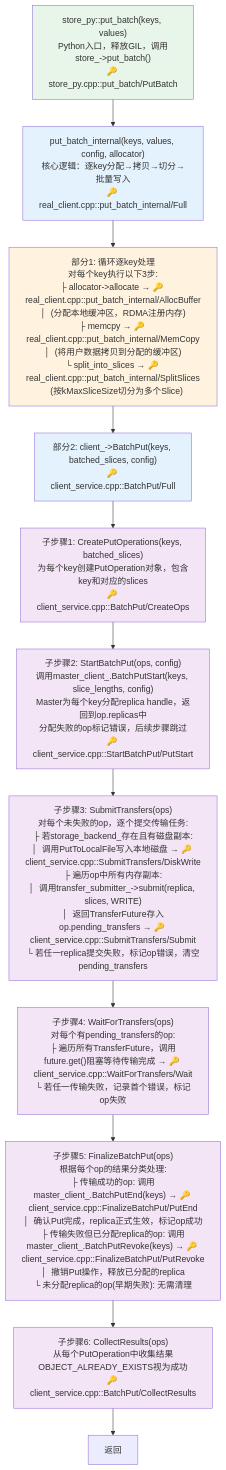
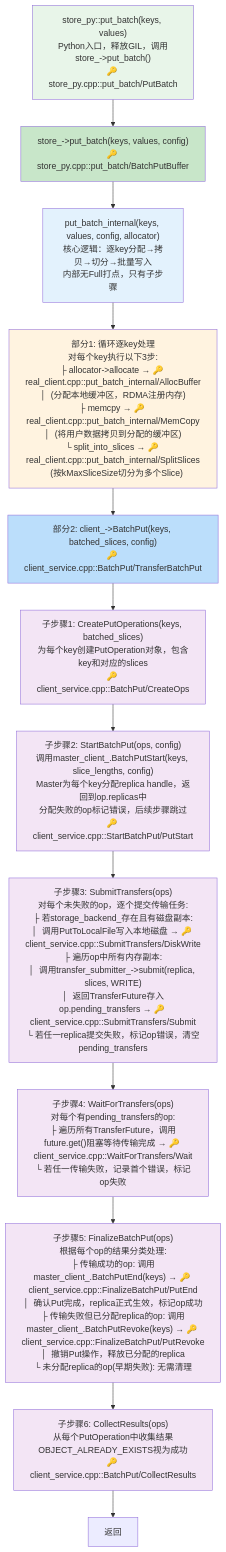
One commit to LinQuickDev/Mooncake changed the fourth of 4 diagrams in docs/yh/pipline.md. Above: the diagram before and after it, drawn with Mermaid. The commit also changed other lines of this file and 4 other files, not shown here.

````diff
--- a/docs/yh/pipline.md
+++ b/docs/yh/pipline.md
@@ -125,33 +145,36 @@
 ```mermaid
 flowchart TB
-    Start["store_py::put_batch(keys, values)<br/>Python入口，释放GIL，调用store_->put_batch()<br/>🔑 store_py.cpp::put_batch/PutBatch"] --> Internal["put_batch_internal(keys, values, config, allocator)<br/>核心逻辑：逐key分配→拷贝→切分→批量写入<br/>🔑 real_client.cpp::put_batch_internal/Full"]
+    Start["store_py::put_batch(keys, values)<br/>Python入口，释放GIL，调用store_->put_batch()<br/>🔑 store_py.cpp::put_batch/PutBatch"] --> PutBatchCall["store_->put_batch(keys, values, config)<br/>🔑 store_py.cpp::put_batch/BatchPutBuffer"]
+
+    PutBatchCall --> Internal["put_batch_internal(keys, values, config, allocator)<br/>核心逻辑：逐key分配→拷贝→切分→批量写入<br/>内部无Full打点，只有子步骤"]
 
     Internal --> LoopPart["部分1: 循环逐key处理<br/>对每个key执行以下3步:<br/>├ allocator->allocate → 🔑 real_client.cpp::put_batch_internal/AllocBuffer<br/>│  (分配本地缓冲区，RDMA注册内存)<br/>├ memcpy → 🔑 real_client.cpp::put_batch_internal/MemCopy<br/>│  (将用户数据拷贝到分配的缓冲区)<br/>└ split_into_slices → 🔑 real_client.cpp::put_batch_internal/SplitSlices<br/>   (按kMaxSliceSize切分为多个Slice)"]
 
-    LoopPart --> BatchPutPart["部分2: client_->BatchPut(keys, batched_slices, config)<br/>🔑 client_service.cpp::BatchPut/Full"]
+    LoopPart --> BatchPutPart["部分2: client_->BatchPut(keys, batched_slices, config)<br/>🔑 client_service.cpp::BatchPut/TransferBatchPut"]
 
     BatchPutPart --> CreateOps["子步骤1: CreatePutOperations(keys, batched_slices)<br/>为每个key创建PutOperation对象，包含key和对应的slices<br/>🔑 client_service.cpp::BatchPut/CreateOps"]
 
     CreateOps --> StartBatch["子步骤2: StartBatchPut(ops, config)<br/>调用master_client_.BatchPutStart(keys, slice_lengths, config)<br/>Master为每个key分配replica handle，返回到op.replicas中<br/>分配失败的op标记错误，后续步骤跳过<br/>🔑 client_service.cpp::StartBatchPut/PutStart"]
 
     StartBatch --> SubmitPhase["子步骤3: SubmitTransfers(ops)<br/>对每个未失败的op，逐个提交传输任务:<br/>├ 若storage_backend_存在且有磁盘副本:<br/>│  调用PutToLocalFile写入本地磁盘 → 🔑 client_service.cpp::SubmitTransfers/DiskWrite<br/>├ 遍历op中所有内存副本:<br/>│  调用transfer_submitter_->submit(replica, slices, WRITE)<br/>│  返回TransferFuture存入op.pending_transfers → 🔑 client_service.cpp::SubmitTransfers/Submit<br/>└ 若任一replica提交失败，标记op错误，清空pending_transfers"]
 
     SubmitPhase --> WaitPhase["子步骤4: WaitForTransfers(ops)<br/>对每个有pending_transfers的op:<br/>├ 遍历所有TransferFuture，调用future.get()阻塞等待传输完成 → 🔑 client_service.cpp::WaitForTransfers/Wait<br/>└ 若任一传输失败，记录首个错误，标记op失败"]
 
     WaitPhase --> Finalize["子步骤5: FinalizeBatchPut(ops)<br/>根据每个op的结果分类处理:<br/>├ 传输成功的op: 调用master_client_.BatchPutEnd(keys) → 🔑 client_service.cpp::FinalizeBatchPut/PutEnd<br/>│  确认Put完成，replica正式生效，标记op成功<br/>├ 传输失败但已分配replica的op: 调用master_client_.BatchPutRevoke(keys) → 🔑 client_service.cpp::FinalizeBatchPut/PutRevoke<br/>│  撤销Put操作，释放已分配的replica<br/>└ 未分配replica的op(早期失败): 无需清理"]
 
     Finalize --> CollectResults["子步骤6: CollectResults(ops)<br/>从每个PutOperation中收集结果<br/>OBJECT_ALREADY_EXISTS视为成功<br/>🔑 client_service.cpp::BatchPut/CollectResults"]
 
     CollectResults --> Done["返回"]
 
     style Start fill:#e8f5e9
+    style PutBatchCall fill:#c8e6c9
     style Internal fill:#e3f2fd
     style LoopPart fill:#fff3e0
-    style BatchPutPart fill:#e3f2fd
+    style BatchPutPart fill:#bbdefb
     style CreateOps fill:#f3e5f5
     style StartBatch fill:#f3e5f5
     style SubmitPhase fill:#f3e5f5
     style WaitPhase fill:#f3e5f5
     style Finalize fill:#f3e5f5
     style CollectResults fill:#f3e5f5
 ```
````
